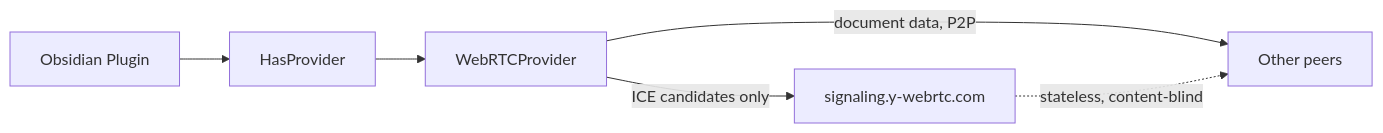
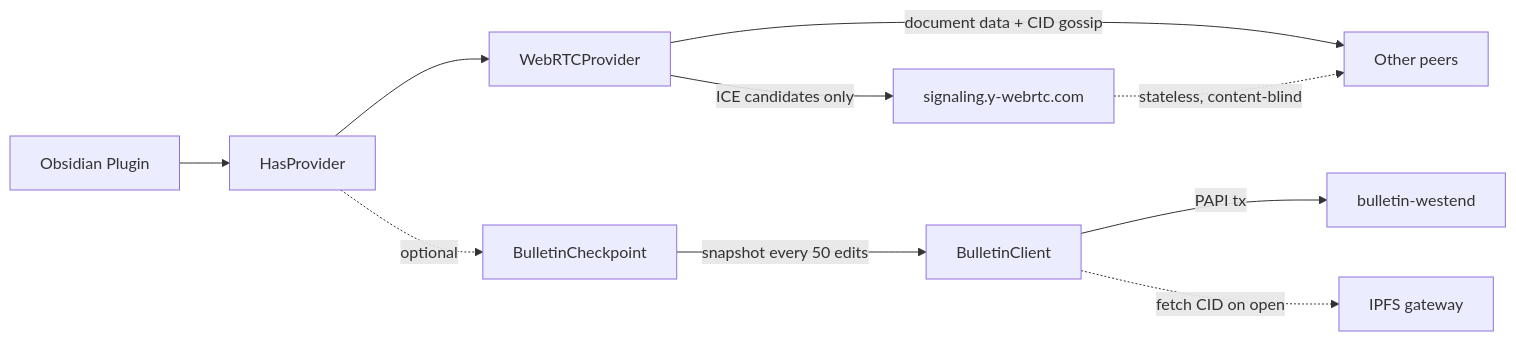
The second of 5 diagrams in README.md (luzanikita/decentralized-relay), drawn with Mermaid before and after one commit. The commit also changed other lines of this file, not shown here.

Commit message:
docs: update mermaid diagrams for Bulletin Chain persistence

````diff
--- a/README.md
+++ b/README.md
@@ -29,8 +29,12 @@
 ```mermaid
 graph LR
     A[Obsidian Plugin] --> B[HasProvider]
     B --> C[WebRTCProvider]
     C -->|ICE candidates only| D[signaling.y-webrtc.com]
-    C -->|document data, P2P| E[Other peers]
+    C -->|document data + CID gossip| E[Other peers]
     D -.->|stateless, content-blind| E
+    B -.->|optional| F[BulletinCheckpoint]
+    F -->|snapshot every 50 edits| G[BulletinClient]
+    G -->|PAPI tx| H[bulletin-westend]
+    G -.->|fetch CID on open| I[IPFS gateway]
 ```
````
